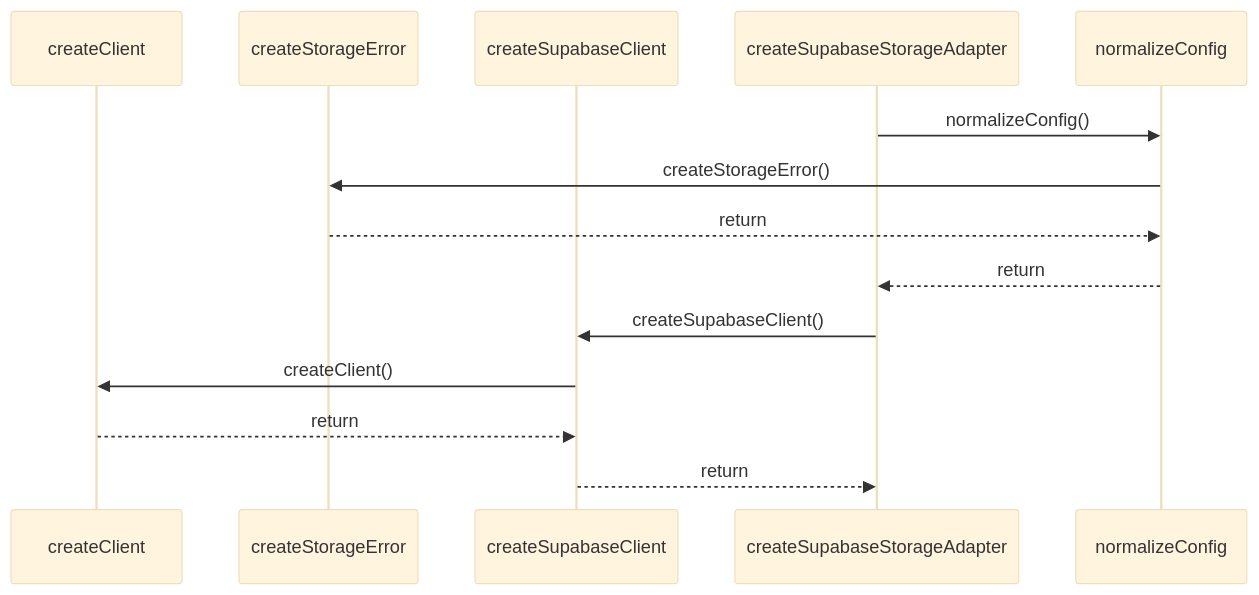
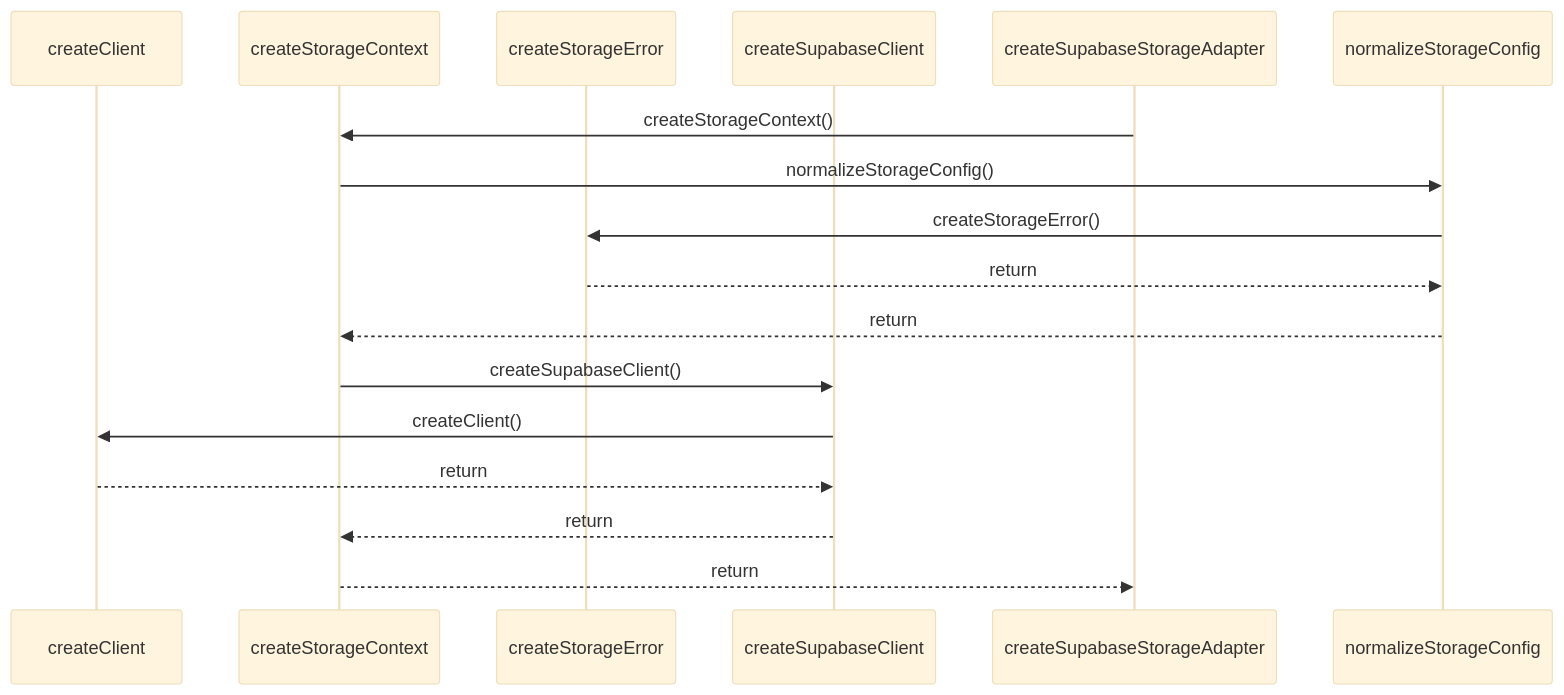
One commit to ankhorage/supabase-storage changed the diagram in paradox/diagrams/sequences/create-supabase-storage-adapter.mmd. Above: the diagram before and after it, drawn with Mermaid (base theme). The commit also changed 12 other files, not shown here.

```diff
--- a/paradox/diagrams/sequences/create-supabase-storage-adapter.mmd
+++ b/paradox/diagrams/sequences/create-supabase-storage-adapter.mmd
@@ -1,14 +1,17 @@
 sequenceDiagram
   participant participant_createClient as createClient
+  participant participant_createStorageContext as createStorageContext
   participant participant_createStorageError as createStorageError
   participant participant_createSupabaseClient as createSupabaseClient
   participant participant_createSupabaseStorageAdapter as createSupabaseStorageAdapter
-  participant participant_normalizeConfig as normalizeConfig
-  participant_createSupabaseStorageAdapter->>participant_normalizeConfig: normalizeConfig()
-  participant_normalizeConfig->>participant_createStorageError: createStorageError()
-  participant_createStorageError-->>participant_normalizeConfig: return
-  participant_normalizeConfig-->>participant_createSupabaseStorageAdapter: return
-  participant_createSupabaseStorageAdapter->>participant_createSupabaseClient: createSupabaseClient()
+  participant participant_normalizeStorageConfig as normalizeStorageConfig
+  participant_createSupabaseStorageAdapter->>participant_createStorageContext: createStorageContext()
+  participant_createStorageContext->>participant_normalizeStorageConfig: normalizeStorageConfig()
+  participant_normalizeStorageConfig->>participant_createStorageError: createStorageError()
+  participant_createStorageError-->>participant_normalizeStorageConfig: return
+  participant_normalizeStorageConfig-->>participant_createStorageContext: return
+  participant_createStorageContext->>participant_createSupabaseClient: createSupabaseClient()
   participant_createSupabaseClient->>participant_createClient: createClient()
   participant_createClient-->>participant_createSupabaseClient: return
-  participant_createSupabaseClient-->>participant_createSupabaseStorageAdapter: return
+  participant_createSupabaseClient-->>participant_createStorageContext: return
+  participant_createStorageContext-->>participant_createSupabaseStorageAdapter: return
```
